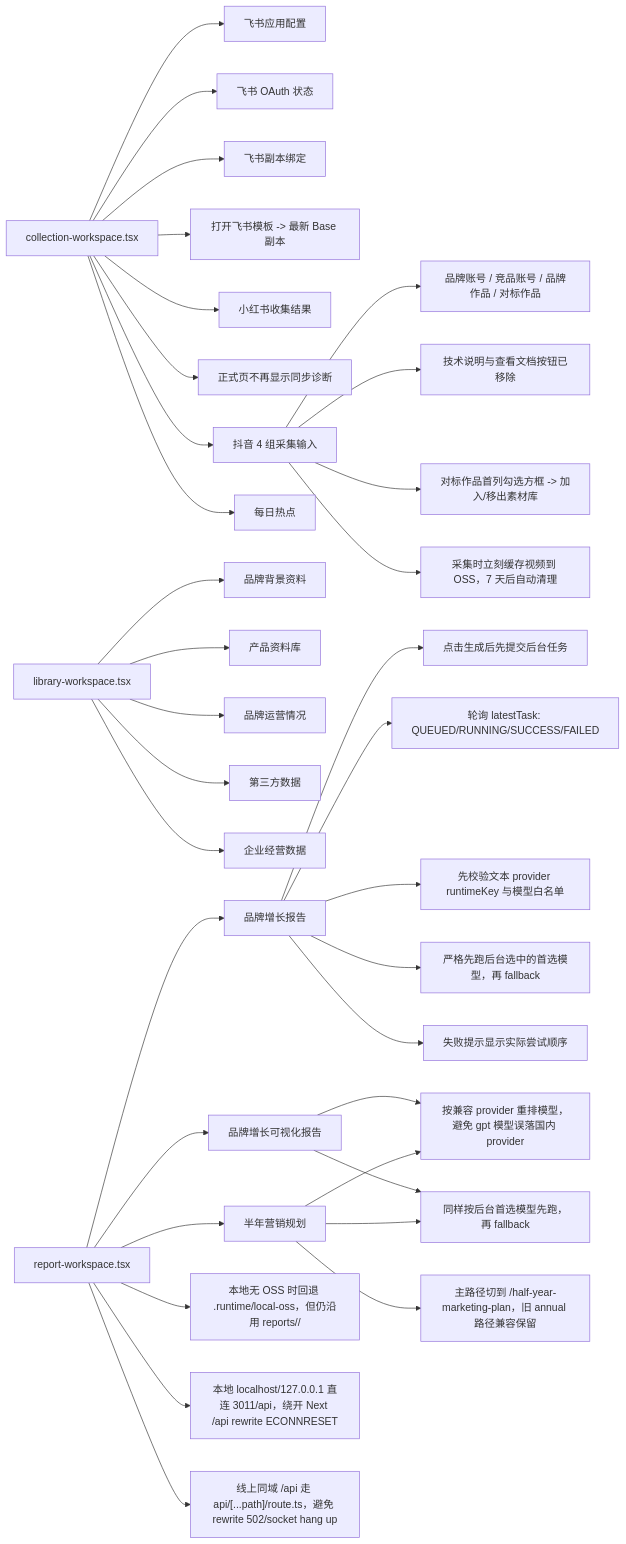
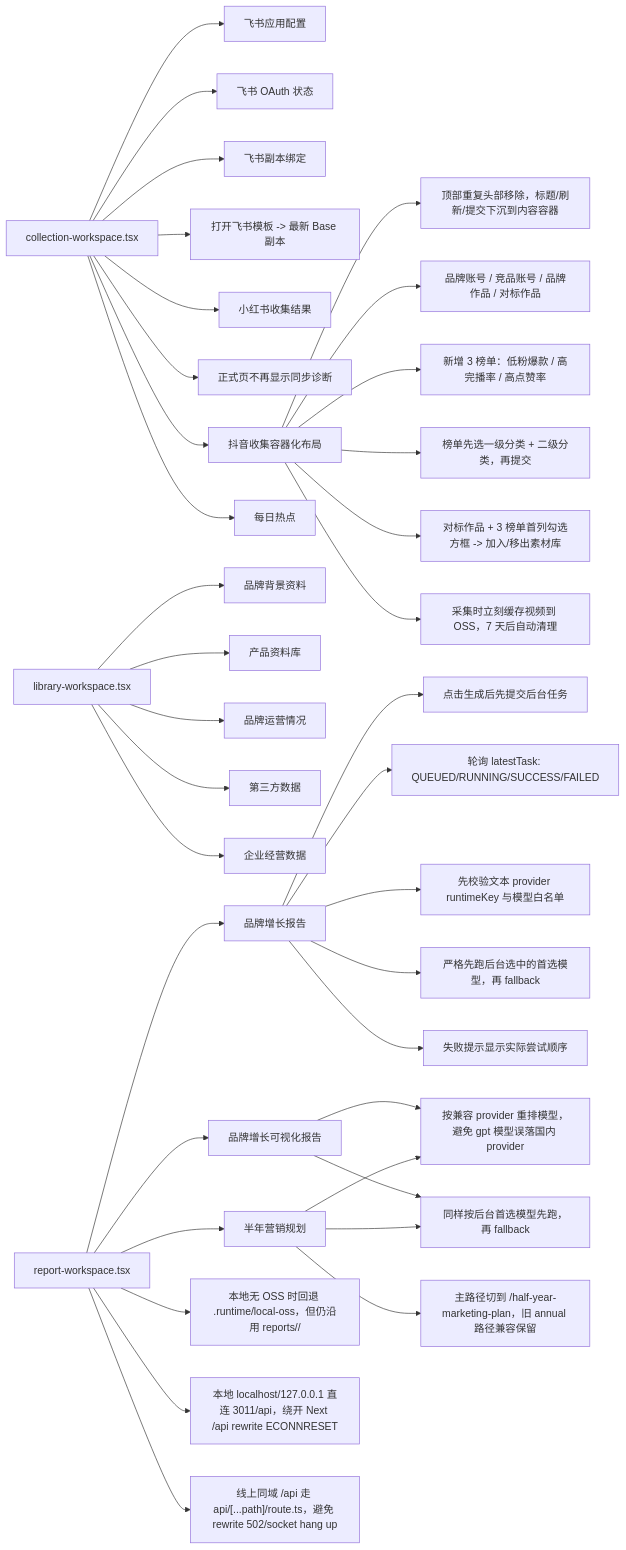
Before and after one commit to Depthukesh/ai-omni-ops-system: the fourth of 12 diagrams in docs/site-map-mermaid.md, drawn with Mermaid. The commit also changed other lines of this file and 8 other files, not shown here.

````diff
--- a/docs/site-map-mermaid.md
+++ b/docs/site-map-mermaid.md
@@ -187,41 +187,43 @@
 ```mermaid
 flowchart LR
     A["collection-workspace.tsx"]
     A --> A1["飞书应用配置"]
     A --> A2["飞书 OAuth 状态"]
     A --> A3["飞书副本绑定"]
     A --> A31["打开飞书模板 -> 最新 Base 副本"]
     A --> A4["小红书收集结果"]
     A --> A41["正式页不再显示同步诊断"]
-    A --> A6["抖音 4 组采集输入"]
-    A6 --> A61["品牌账号 / 竞品账号 / 品牌作品 / 对标作品"]
-    A6 --> A62["技术说明与查看文档按钮已移除"]
-    A6 --> A63["对标作品首列勾选方框 -> 加入/移出素材库"]
-    A6 --> A64["采集时立刻缓存视频到 OSS，7 天后自动清理"]
+    A --> A6["抖音收集容器化布局"]
+    A6 --> A61["顶部重复头部移除，标题/刷新/提交下沉到内容容器"]
+    A6 --> A62["品牌账号 / 竞品账号 / 品牌作品 / 对标作品"]
+    A6 --> A63["新增 3 榜单：低粉爆款 / 高完播率 / 高点赞率"]
+    A6 --> A64["榜单先选一级分类 + 二级分类，再提交"]
+    A6 --> A65["对标作品 + 3 榜单首列勾选方框 -> 加入/移出素材库"]
+    A6 --> A66["采集时立刻缓存视频到 OSS，7 天后自动清理"]
     A --> A5["每日热点"]
 
     B["library-workspace.tsx"]
     B --> B1["品牌背景资料"]
     B --> B2["产品资料库"]
     B --> B3["品牌运营情况"]
     B --> B4["第三方数据"]
     B --> B5["企业经营数据"]
 
     C["report-workspace.tsx"]
     C --> C1["品牌增长报告"]
     C --> C2["品牌增长可视化报告"]
     C --> C3["半年营销规划"]
     C1 --> C10["点击生成后先提交后台任务"]
     C1 --> C11["轮询 latestTask: QUEUED/RUNNING/SUCCESS/FAILED"]
     C1 --> C12["先校验文本 provider runtimeKey 与模型白名单"]
     C1 --> C17["严格先跑后台选中的首选模型，再 fallback"]
     C1 --> C18["失败提示显示实际尝试顺序"]
     C2 --> C13["忽略不兼容的图像 provider，回退国内文本 provider"]
     C2 --> C19["同样按后台首选模型先跑，再 fallback"]
     C3 --> C13["按兼容 provider 重排模型，避免 gpt 模型误落国内 provider"]
     C3 --> C20["主路径切到 /half-year-marketing-plan，旧 annual 路径兼容保留"]
     C3 --> C19
     C --> C14["本地无 OSS 时回退 .runtime/local-oss，但仍沿用 reports/<brandId>/<fileName>"]
     C --> C15["本地 localhost/127.0.0.1 直连 3011/api，绕开 Next /api rewrite ECONNRESET"]
     C --> C16["线上同域 /api 走 api/[...path]/route.ts，避免 rewrite 502/socket hang up"]
 ```
````
